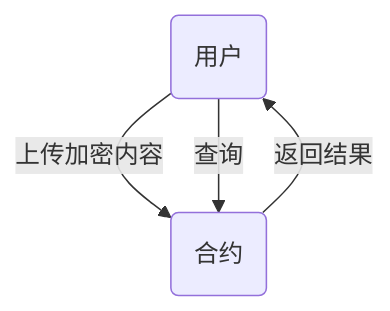
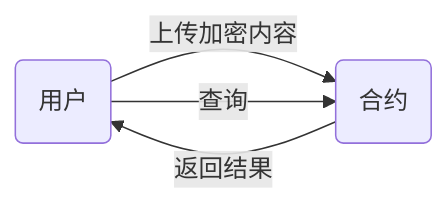
The first of 5 diagrams in doc/合约存取共享.md (MoyunRz/store-data), drawn with Mermaid before and after one commit. The commit also changed other lines of this file and 3 other files, not shown here.

````diff
--- a/doc/合约存取共享.md
+++ b/doc/合约存取共享.md
@@ -17,6 +17,6 @@
 ```mermaid
-graph TD
+graph LR
     A(用户) -->|上传加密内容| B(合约)
     A -->|查询| B
     B -->|返回结果| A
 ```
````
